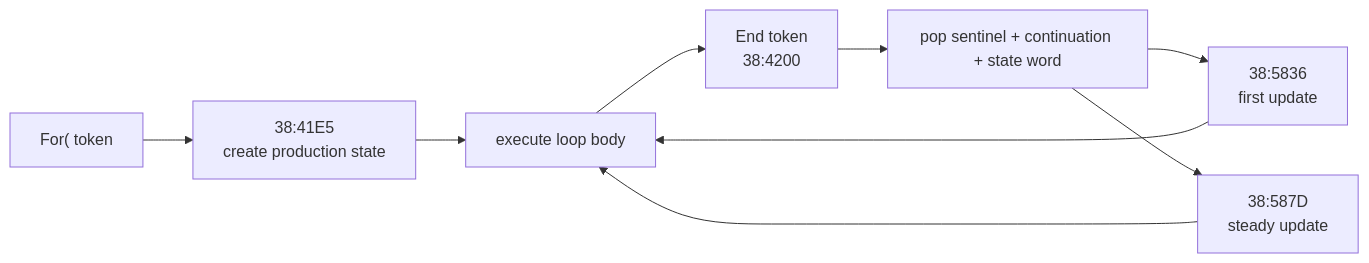
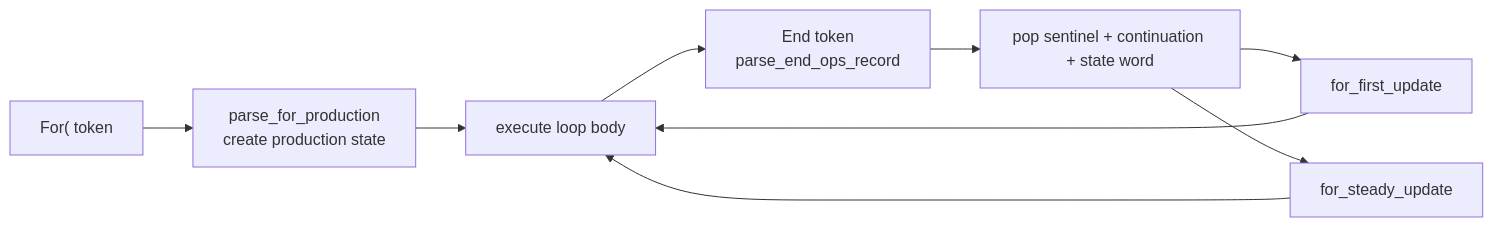
One commit to siraben/ti84p-re changed the third of 5 diagrams in docs/sub-tibasic.md. Above: the diagram before and after it, drawn with Mermaid. The commit also changed other lines of this file and 10 other files, not shown here.

````diff
--- a/docs/sub-tibasic.md
+++ b/docs/sub-tibasic.md
@@ -234,11 +255,11 @@
 ```mermaid
 flowchart LR
-    F["For( token"] --> P["38:41E5<br/>create production state"]
+    F["For( token"] --> P["parse_for_production<br/>create production state"]
     P --> B["execute loop body"]
-    B --> E["End token<br/>38:4200"]
+    B --> E["End token<br/>parse_end_ops_record"]
     E --> O["pop sentinel + continuation + state word"]
-    O --> I["38:5836<br/>first update"]
-    O --> S["38:587D<br/>steady update"]
+    O --> I["for_first_update"]
+    O --> S["for_steady_update"]
     I --> B
     S --> B
 ```
````
